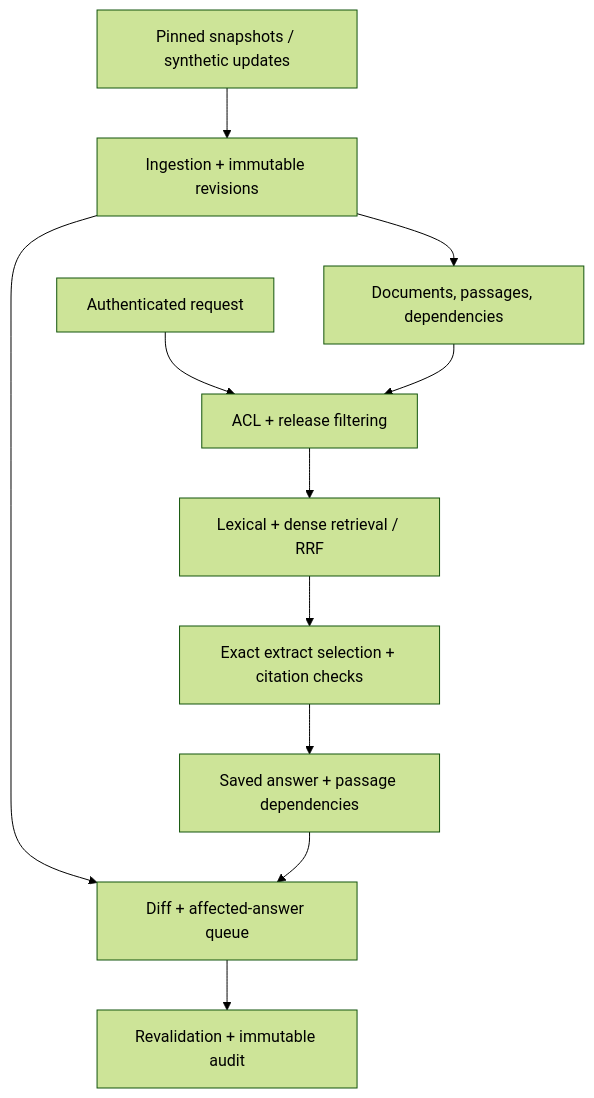
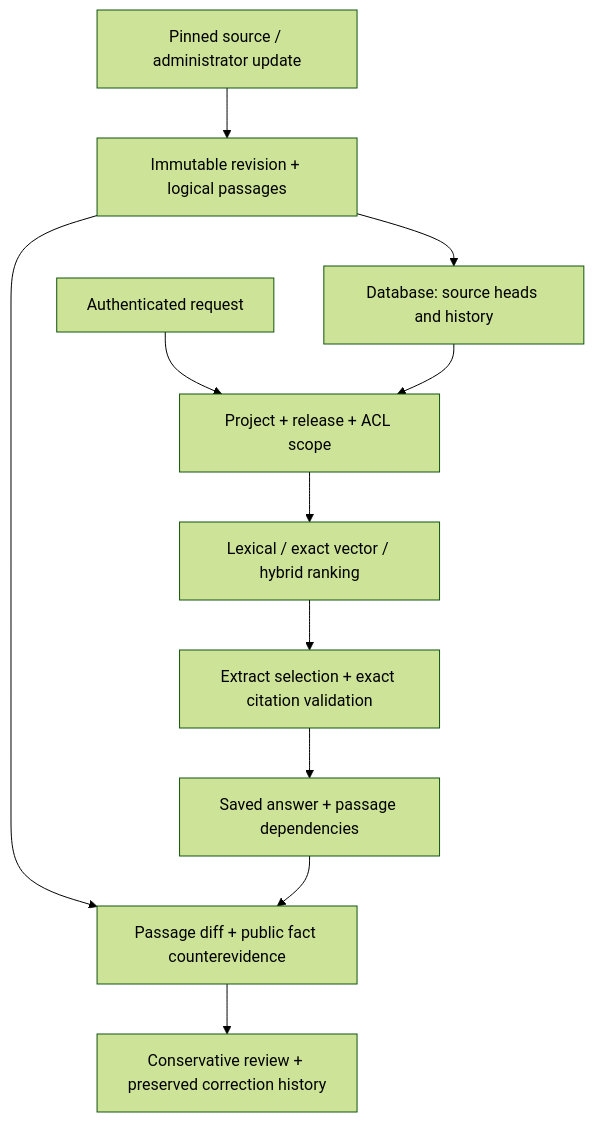
The diagram in README.md (Jill-Vekariya/ReleaseLens), drawn with Mermaid (forest theme) before and after one commit. The commit also changed other lines of this file and 74 other files, not shown here.

Commit message:
Strengthen scoped retrieval, counterevidence review and verification

````diff
--- a/README.md
+++ b/README.md
@@ -59,13 +44,13 @@
 ```mermaid
 flowchart TD
-  I["Pinned snapshots / synthetic updates"] --> P["Ingestion + immutable revisions"]
-  P --> DB["Documents, passages, dependencies"]
-  U["Authenticated request"] --> R["ACL + release filtering"]
-  DB --> R
-  R --> H["Lexical + dense retrieval / RRF"]
-  H --> G["Exact extract selection + citation checks"]
-  G --> A["Saved answer + passage dependencies"]
-  P --> C["Diff + affected-answer queue"]
+  S["Pinned source / administrator update"] --> I["Immutable revision + logical passages"]
+  I --> D["Database: source heads and history"]
+  U["Authenticated request"] --> R["Project + release + ACL scope"]
+  D --> R
+  R --> Q["Lexical / exact vector / hybrid ranking"]
+  Q --> E["Extract selection + exact citation validation"]
+  E --> A["Saved answer + passage dependencies"]
+  I --> C["Passage diff + public fact counterevidence"]
   A --> C
-  C --> V["Revalidation + immutable audit"]
+  C --> V["Conservative review + preserved correction history"]
 ```
````
